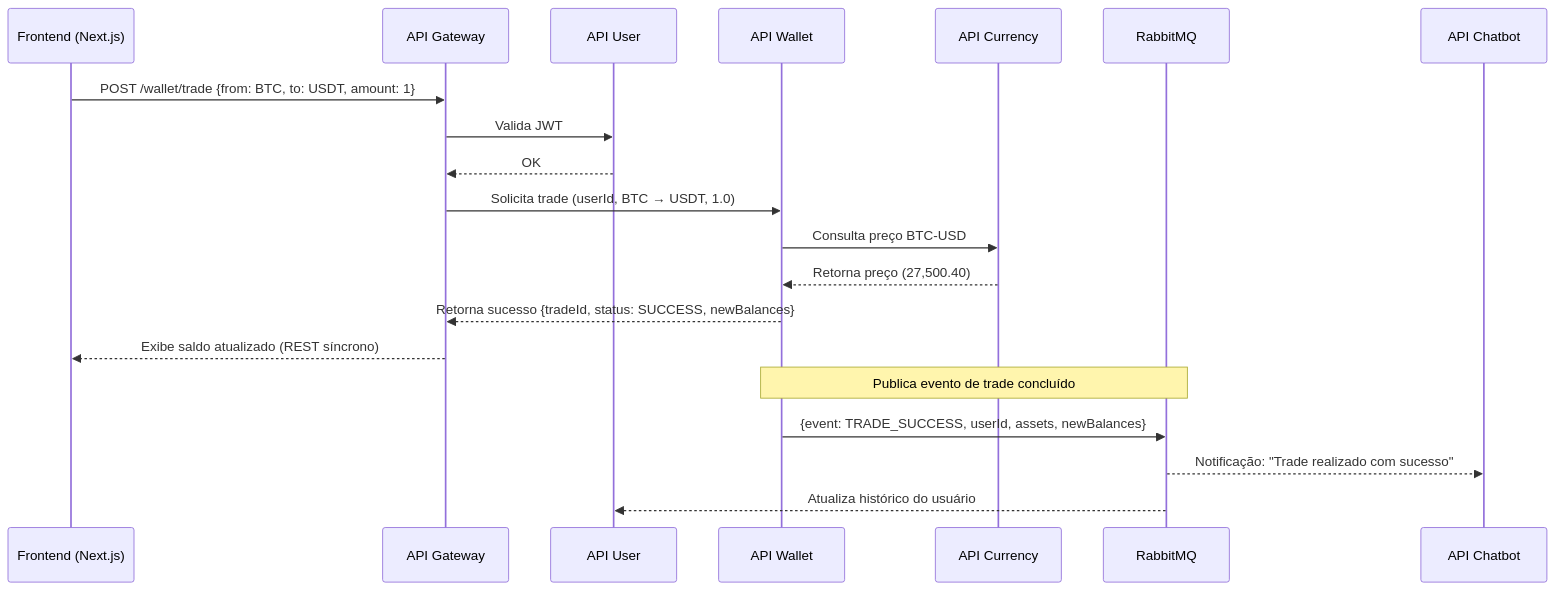
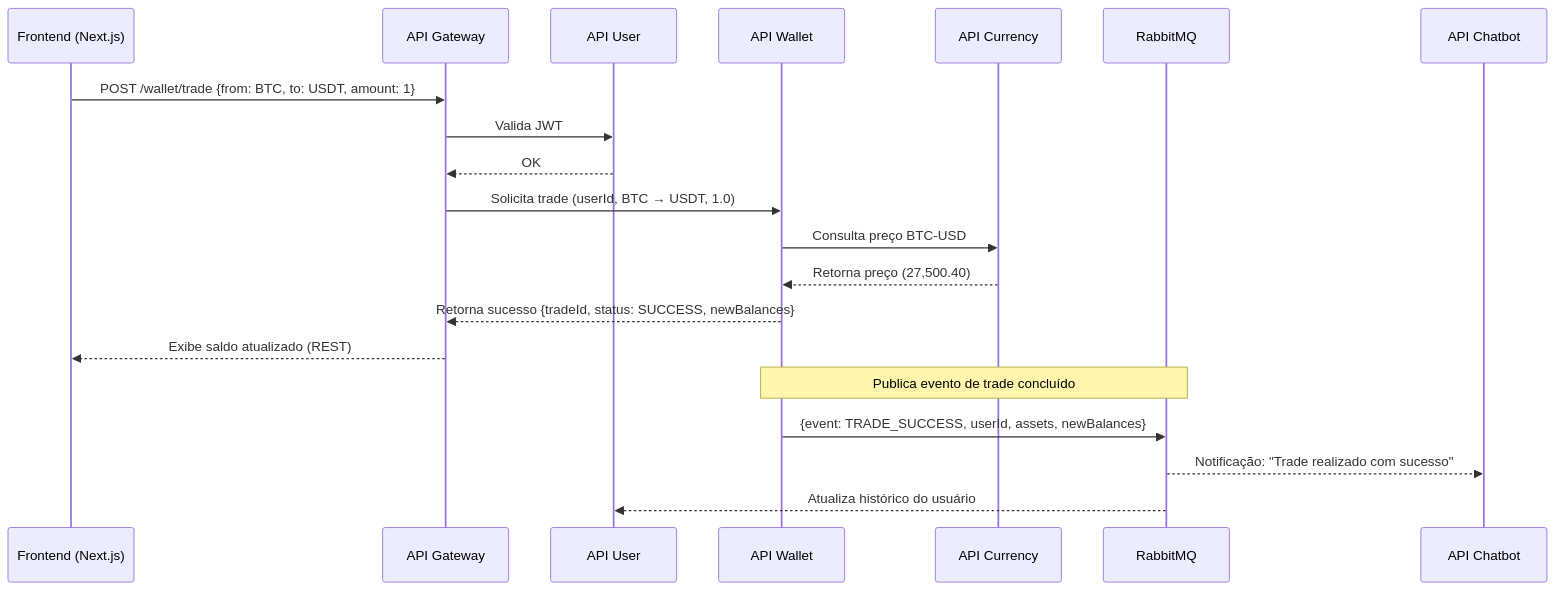
Before and after one commit to profAndreSouza/AMS5_TradeHolding: the first of 3 diagrams in doc/comm_sync_async.md, drawn with Mermaid. The commit also changed other lines of this file, not shown here.

````diff
--- a/doc/comm_sync_async.md
+++ b/doc/comm_sync_async.md
@@ -240,24 +236,24 @@
 ```mermaid
 sequenceDiagram
     participant FE as Frontend (Next.js)
     participant GW as API Gateway
     participant U as API User
     participant W as API Wallet
     participant C as API Currency
     participant MQ as RabbitMQ
     participant CB as API Chatbot
 
     FE->>GW: POST /wallet/trade {from: BTC, to: USDT, amount: 1}
     GW->>U: Valida JWT
     U-->>GW: OK
     GW->>W: Solicita trade (userId, BTC → USDT, 1.0)
     W->>C: Consulta preço BTC-USD
     C-->>W: Retorna preço (27,500.40)
     W-->>GW: Retorna sucesso {tradeId, status: SUCCESS, newBalances}
-    GW-->>FE: Exibe saldo atualizado (REST síncrono)
+    GW-->>FE: Exibe saldo atualizado (REST)
 
     Note over W, MQ: Publica evento de trade concluído
     W->>MQ: {event: TRADE_SUCCESS, userId, assets, newBalances}
     MQ-->>CB: Notificação: "Trade realizado com sucesso"
     MQ-->>U: Atualiza histórico do usuário
 ```
````
